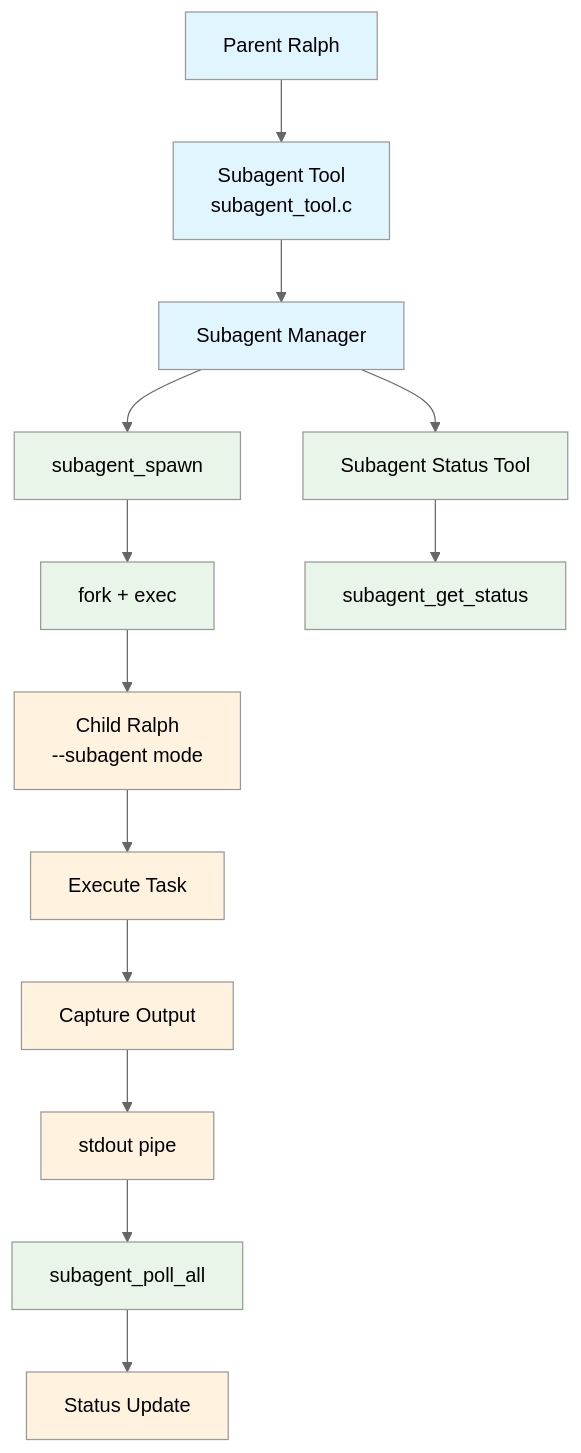
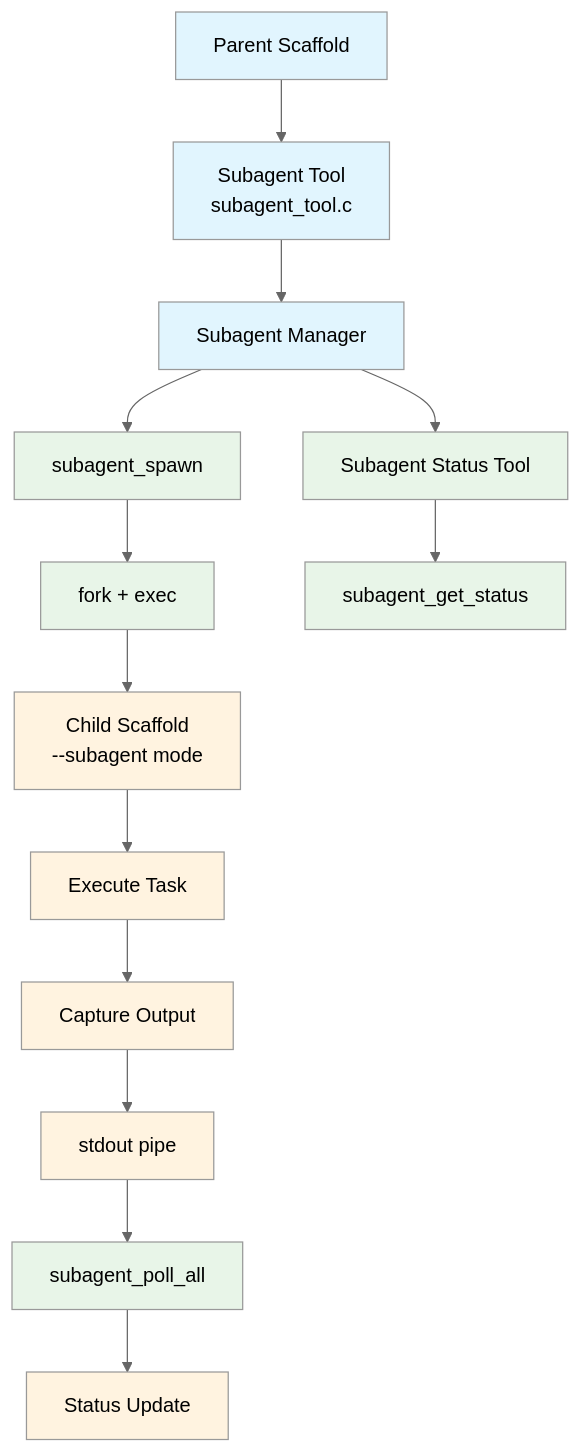
Diagram 14 of 20 in ARCHITECTURE.md (tgittos/scaffold), drawn with Mermaid (neutral theme) before and after one commit. The commit also changed other lines of this file and 19 other files, not shown here.

````diff
--- a/ARCHITECTURE.md
+++ b/ARCHITECTURE.md
@@ -728,26 +747,26 @@
 ```mermaid
 graph TB
-    ParentRalph[Parent Ralph] --> SubagentTool[Subagent Tool<br/>subagent_tool.c]
+    ParentScaffold[Parent Scaffold] --> SubagentTool[Subagent Tool<br/>subagent_tool.c]
     SubagentTool --> SubagentMgr[Subagent Manager]
 
     SubagentMgr --> Spawn[subagent_spawn]
     Spawn --> Fork[fork + exec]
-    Fork --> ChildRalph[Child Ralph<br/>--subagent mode]
+    Fork --> ChildScaffold[Child Scaffold<br/>--subagent mode]
 
-    ChildRalph --> TaskExec[Execute Task]
+    ChildScaffold --> TaskExec[Execute Task]
     TaskExec --> Output[Capture Output]
     Output --> Pipe[stdout pipe]
     Pipe --> Poll[subagent_poll_all]
     Poll --> Status[Status Update]
 
     SubagentMgr --> StatusTool[Subagent Status Tool]
     StatusTool --> GetStatus[subagent_get_status]
 
     classDef parent fill:#e1f5fe
     classDef subagent fill:#e8f5e8
     classDef child fill:#fff3e0
 
-    class ParentRalph,SubagentTool,SubagentMgr parent
+    class ParentScaffold,SubagentTool,SubagentMgr parent
     class Spawn,Fork,Poll,StatusTool,GetStatus subagent
-    class ChildRalph,TaskExec,Output,Pipe,Status child
+    class ChildScaffold,TaskExec,Output,Pipe,Status child
 ```
````
